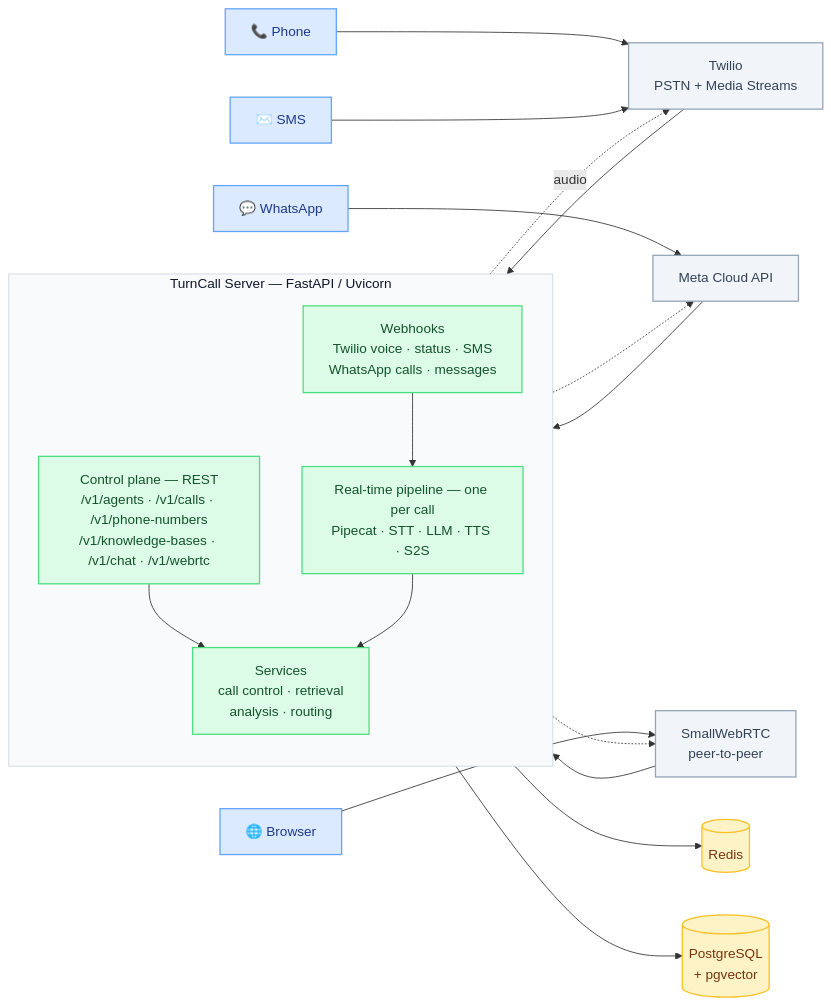
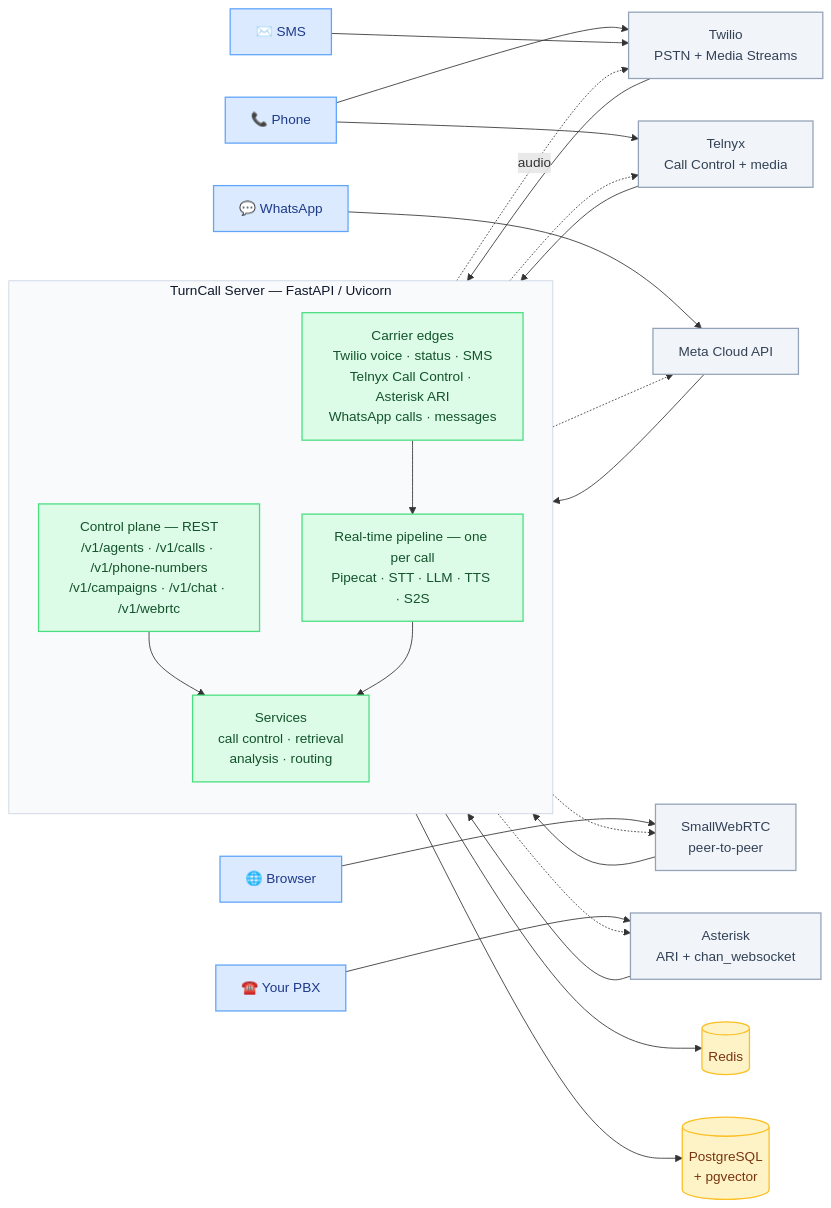
One commit to kobikis/turncall changed the first of 6 diagrams in docs/architecture.mdx. Above: the diagram before and after it, drawn with Mermaid. The commit also changed other lines of this file and 8 other files, not shown here.

````diff
--- a/docs/architecture.mdx
+++ b/docs/architecture.mdx
@@ -11,34 +11,40 @@
 ```mermaid
 flowchart LR
     Phone["📞 Phone"] --> Twilio
+    Phone --> Telnyx
+    PBX["☎️ Your PBX"] --> Asterisk
     SMS["✉️ SMS"] --> Twilio
     Browser["🌐 Browser"] --> WebRTC
     WhatsApp["💬 WhatsApp"] --> Meta
 
     Twilio["Twilio<br/>PSTN + Media Streams"] --> WH
+    Telnyx["Telnyx<br/>Call Control + media"] --> WH
+    Asterisk["Asterisk<br/>ARI + chan_websocket"] --> WH
     Meta["Meta Cloud API"] --> WH
     WebRTC["SmallWebRTC<br/>peer-to-peer"] --> API
 
     subgraph Server["TurnCall Server — FastAPI / Uvicorn"]
         direction TB
-        WH["Webhooks<br/>Twilio voice · status · SMS<br/>WhatsApp calls · messages"] --> Pipe
-        API["Control plane — REST<br/>/v1/agents · /v1/calls · /v1/phone-numbers<br/>/v1/knowledge-bases · /v1/chat · /v1/webrtc"] --> SVC
+        WH["Carrier edges<br/>Twilio voice · status · SMS<br/>Telnyx Call Control · Asterisk ARI<br/>WhatsApp calls · messages"] --> Pipe
+        API["Control plane — REST<br/>/v1/agents · /v1/calls · /v1/phone-numbers<br/>/v1/campaigns · /v1/chat · /v1/webrtc"] --> SVC
         Pipe["Real-time pipeline — one per call<br/>Pipecat · STT · LLM · TTS · S2S"] --> SVC["Services<br/>call control · retrieval<br/>analysis · routing"]
     end
 
     SVC --> PG[("PostgreSQL<br/>+ pgvector")]
     SVC --> Redis[("Redis")]
     Pipe -.->|audio| Twilio
+    Pipe -.-> Telnyx
+    Pipe -.-> Asterisk
     Pipe -.-> WebRTC
     Pipe -.-> Meta
 
     classDef client fill:#dbeafe,stroke:#60a5fa,stroke-width:1.5px,color:#1e3a8a
     classDef vendor fill:#f1f5f9,stroke:#94a3b8,stroke-width:1.5px,color:#334155
     classDef core fill:#dcfce7,stroke:#4ade80,stroke-width:1.5px,color:#14532d
     classDef store fill:#fef3c7,stroke:#fbbf24,stroke-width:1.5px,color:#78350f
-    class Phone,Browser,WhatsApp,SMS client
-    class Twilio,WebRTC,Meta vendor
+    class Phone,PBX,Browser,WhatsApp,SMS client
+    class Twilio,Telnyx,Asterisk,WebRTC,Meta vendor
     class API,WH,Pipe,SVC core
     class PG,Redis store
     style Server fill:#f8fafc,stroke:#cbd5e1,color:#0f172a
 ```
````
